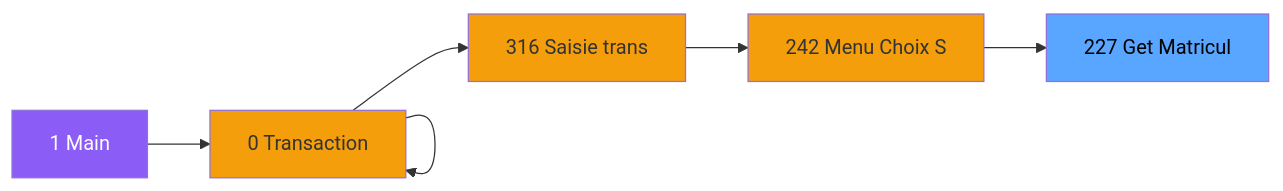
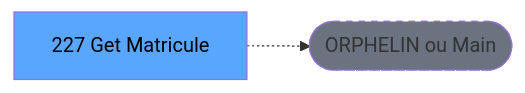
The second of 3 diagrams in .openspec/specs/ADH-IDE-227.md (thonyAGP/lecteur-magic), drawn with Mermaid before and after one commit. The commit also changed other lines of this file and 701 other files, not shown here.

````diff
--- a/.openspec/specs/ADH-IDE-227.md
+++ b/.openspec/specs/ADH-IDE-227.md
@@ -106,23 +117,8 @@
 ```mermaid
 graph LR
-    M[1 Main]
-    N0[0 Transaction ]
-    N0[0 Transaction ]
-    N0[0 Transaction ]
-    N316[316 Saisie trans]
-    N242[242 Menu Choix S]
-    T[227 Get Matricul]
-    M --> N0
-    N0 --> N0
-    N0 --> N0
-    N0 --> N316
-    N316 --> N242
-    N242 --> T
-    style M fill:#8b5cf6,color:#fff
-    style N0 fill:#f59e0b
-    style N0 fill:#f59e0b
-    style N0 fill:#f59e0b
-    style N316 fill:#f59e0b
-    style N242 fill:#f59e0b
+    T[227 Get Matricule]
+    ORPHAN([ORPHELIN ou Main])
+    T -.-> ORPHAN
     style T fill:#58a6ff,color:#000
+    style ORPHAN fill:#6b7280,stroke-dasharray: 5 5
 ```
````
